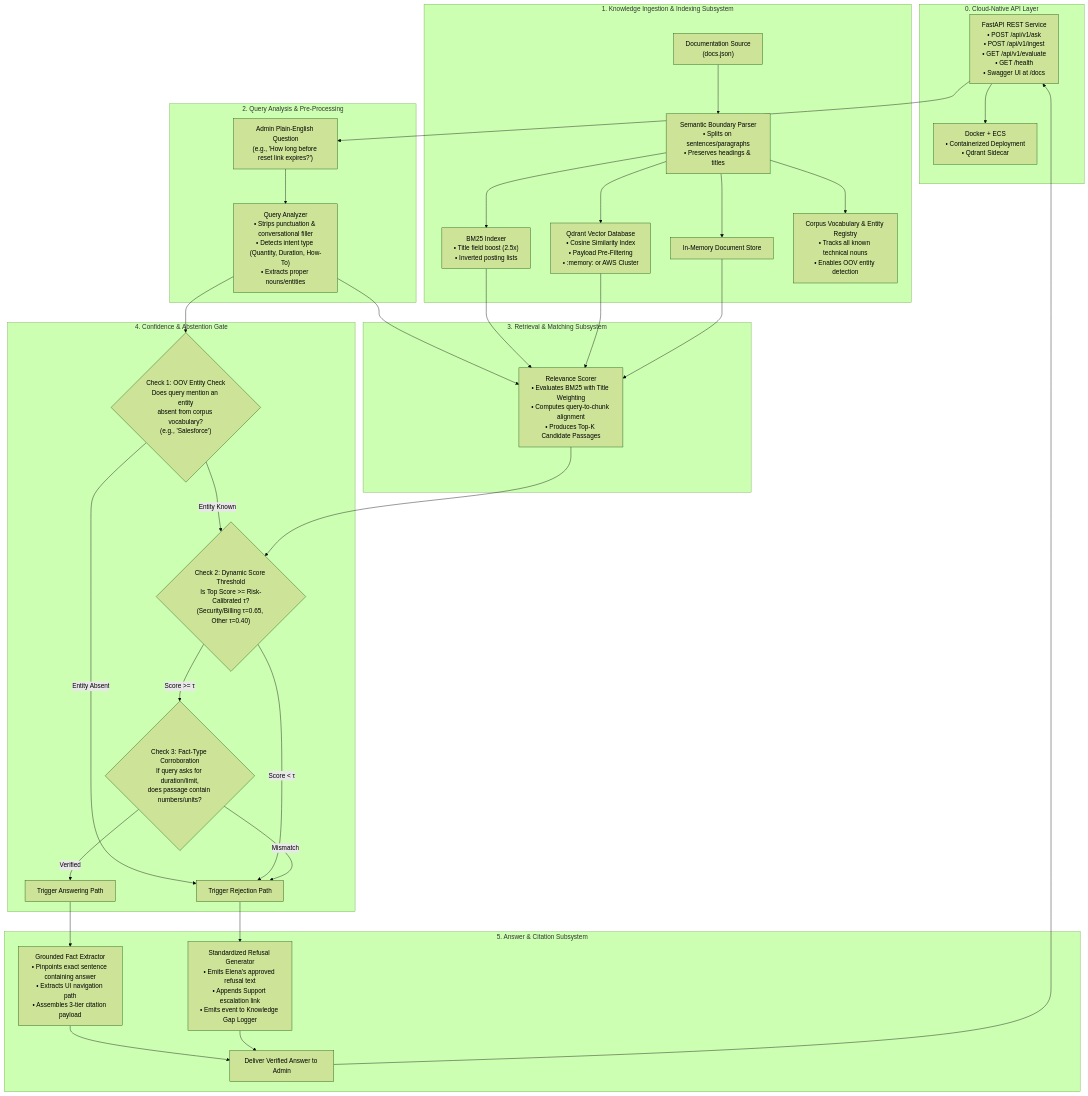
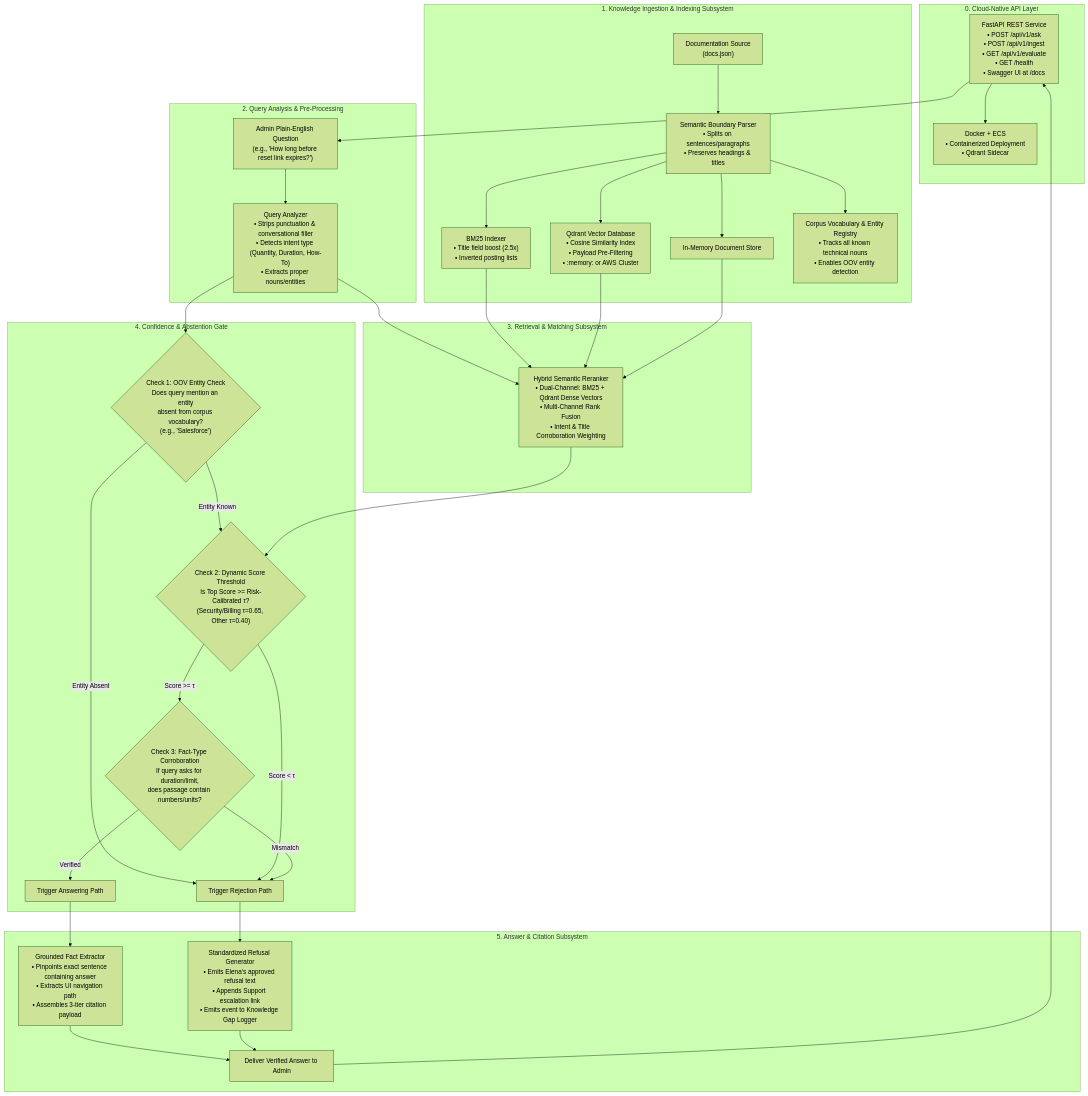
The first of 2 diagrams in SOLUTION_DESIGN.md (Hemu2410/ContextIQ), drawn with Mermaid (forest theme) before and after one commit. The commit also changed other lines of this file and 7 other files, not shown here.

Commit message:
feat: implement dual-channel semantic search and hybrid reranker with Qdrant integration

````diff
--- a/SOLUTION_DESIGN.md
+++ b/SOLUTION_DESIGN.md
@@ -80,52 +80,52 @@
 ```mermaid
 flowchart TD
     subgraph API ["0. Cloud-Native API Layer"]
         FastAPI["FastAPI REST Service\n• POST /api/v1/ask\n• POST /api/v1/ingest\n• GET /api/v1/evaluate\n• GET /health\n• Swagger UI at /docs"]
         Docker["Docker + ECS\n• Containerized Deployment\n• Qdrant Sidecar"]
         FastAPI --> Docker
     end
 
     subgraph Ingestion ["1. Knowledge Ingestion & Indexing Subsystem"]
         RawDocs["Documentation Source\n(docs.json)"] --> Chunker["Semantic Boundary Parser\n• Splits on sentences/paragraphs\n• Preserves headings & titles"]
         Chunker --> DocStore["In-Memory Document Store"]
         Chunker --> BM25["BM25 Indexer\n• Title field boost (2.5x)\n• Inverted posting lists"]
         Chunker --> Qdrant["Qdrant Vector Database\n• Cosine Similarity Index\n• Payload Pre-Filtering\n• :memory: or AWS Cluster"]
         Chunker --> VocabReg["Corpus Vocabulary & Entity Registry\n• Tracks all known technical nouns\n• Enables OOV entity detection"]
     end
 
     subgraph QueryPipeline ["2. Query Analysis & Pre-Processing"]
         UserQuery["Admin Plain-English Question\n(e.g., 'How long before reset link expires?')"] --> Analyzer["Query Analyzer\n• Strips punctuation & conversational filler\n• Detects intent type (Quantity, Duration, How-To)\n• Extracts proper nouns/entities"]
     end
 
     subgraph RetrievalLayer ["3. Retrieval & Matching Subsystem"]
-        Analyzer --> Scorer["Relevance Scorer\n• Evaluates BM25 with Title Weighting\n• Computes query-to-chunk alignment\n• Produces Top-K Candidate Passages"]
+        Analyzer --> Scorer["Hybrid Semantic Reranker\n• Dual-Channel: BM25 + Qdrant Dense Vectors\n• Multi-Channel Rank Fusion\n• Intent & Title Corroboration Weighting"]
         BM25 --> Scorer
         Qdrant --> Scorer
         DocStore --> Scorer
     end
 
     subgraph Gatekeeper ["4. Confidence & Abstention Gate"]
         Analyzer --> Check1{"Check 1: OOV Entity Check\nDoes query mention an entity\nabsent from corpus vocabulary?\n(e.g., 'Salesforce')"}
         Check1 -- "Entity Absent" --> RejectPath["Trigger Rejection Path"]
         
         Check1 -- "Entity Known" --> Check2{"Check 2: Dynamic Score Threshold\nIs Top Score >= Risk-Calibrated τ?\n(Security/Billing τ=0.65, Other τ=0.40)"}
         Scorer --> Check2
         Check2 -- "Score < τ" --> RejectPath
         
         Check2 -- "Score >= τ" --> Check3{"Check 3: Fact-Type Corroboration\nIf query asks for duration/limit,\ndoes passage contain numbers/units?"}
         Check3 -- "Mismatch" --> RejectPath
         Check3 -- "Verified" --> PassPath["Trigger Answering Path"]
     end
 
     subgraph PresentationLayer ["5. Answer & Citation Subsystem"]
         PassPath --> Extractor["Grounded Fact Extractor\n• Pinpoints exact sentence containing answer\n• Extracts UI navigation path\n• Assembles 3-tier citation payload"]
         
         RejectPath --> Fallback["Standardized Refusal Generator\n• Emits Elena's approved refusal text\n• Appends Support escalation link\n• Emits event to Knowledge Gap Logger"]
         
         Extractor --> DeliverResponse["Deliver Verified Answer to Admin"]
         Fallback --> DeliverResponse
     end
 
     FastAPI --> UserQuery
     DeliverResponse --> FastAPI
 ```
````
